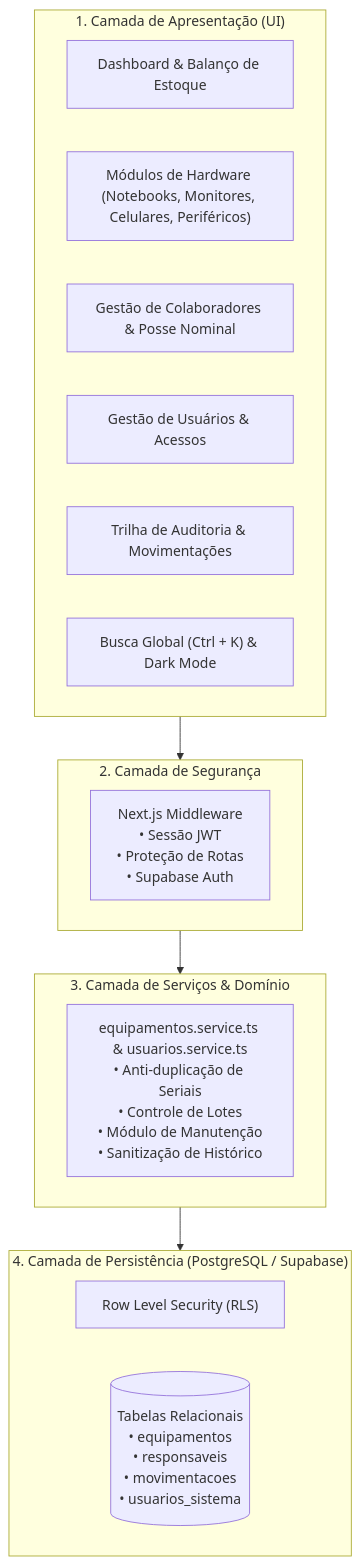
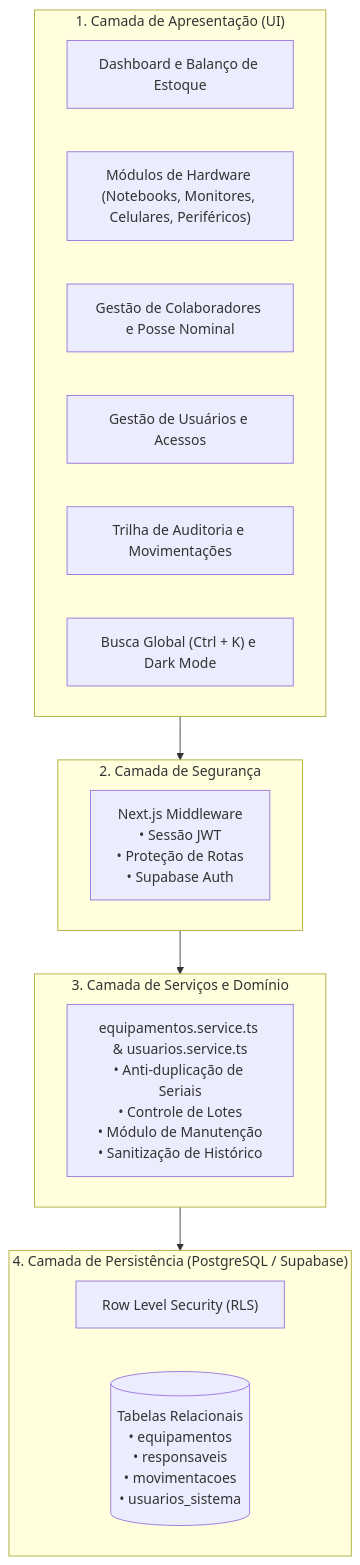
One commit to gabinethe/inventario-ti changed the second of 3 diagrams in README.md. Above: the diagram before and after it, drawn with Mermaid. The commit also changed other lines of this file and 20 other files, not shown here.

````diff
--- a/README.md
+++ b/README.md
@@ -225,28 +227,28 @@
 ```mermaid
 flowchart TD
     subgraph Presentation ["1. Camada de Apresentação (UI)"]
-        Dashboard["Dashboard & Balanço de Estoque"]
+        Dashboard["Dashboard e Balanço de Estoque"]
         Inventory["Módulos de Hardware (Notebooks, Monitores, Celulares, Periféricos)"]
-        Users["Gestão de Colaboradores & Posse Nominal"]
-        Accounts["Gestão de Usuários & Acessos"]
-        Audit["Trilha de Auditoria & Movimentações"]
-        QuickSearch["Busca Global (Ctrl + K) & Dark Mode"]
+        Users["Gestão de Colaboradores e Posse Nominal"]
+        Accounts["Gestão de Usuários e Acessos"]
+        Audit["Trilha de Auditoria e Movimentações"]
+        QuickSearch["Busca Global (Ctrl + K) e Dark Mode"]
     end
 
     subgraph SecurityGate ["2. Camada de Segurança"]
         MW["Next.js Middleware\n• Sessão JWT\n• Proteção de Rotas\n• Supabase Auth"]
     end
 
-    subgraph BusinessLogic ["3. Camada de Serviços & Domínio"]
+    subgraph BusinessLogic ["3. Camada de Serviços e Domínio"]
         DAL["equipamentos.service.ts & usuarios.service.ts\n• Anti-duplicação de Seriais\n• Controle de Lotes\n• Módulo de Manutenção\n• Sanitização de Histórico"]
     end
 
     subgraph Persistence ["4. Camada de Persistência (PostgreSQL / Supabase)"]
         RLS["Row Level Security (RLS)"]
         DB[("Tabelas Relacionais\n• equipamentos\n• responsaveis\n• movimentacoes\n• usuarios_sistema")]
     end
 
     Presentation --> SecurityGate
     SecurityGate --> BusinessLogic
     BusinessLogic --> Persistence
 ```
````
